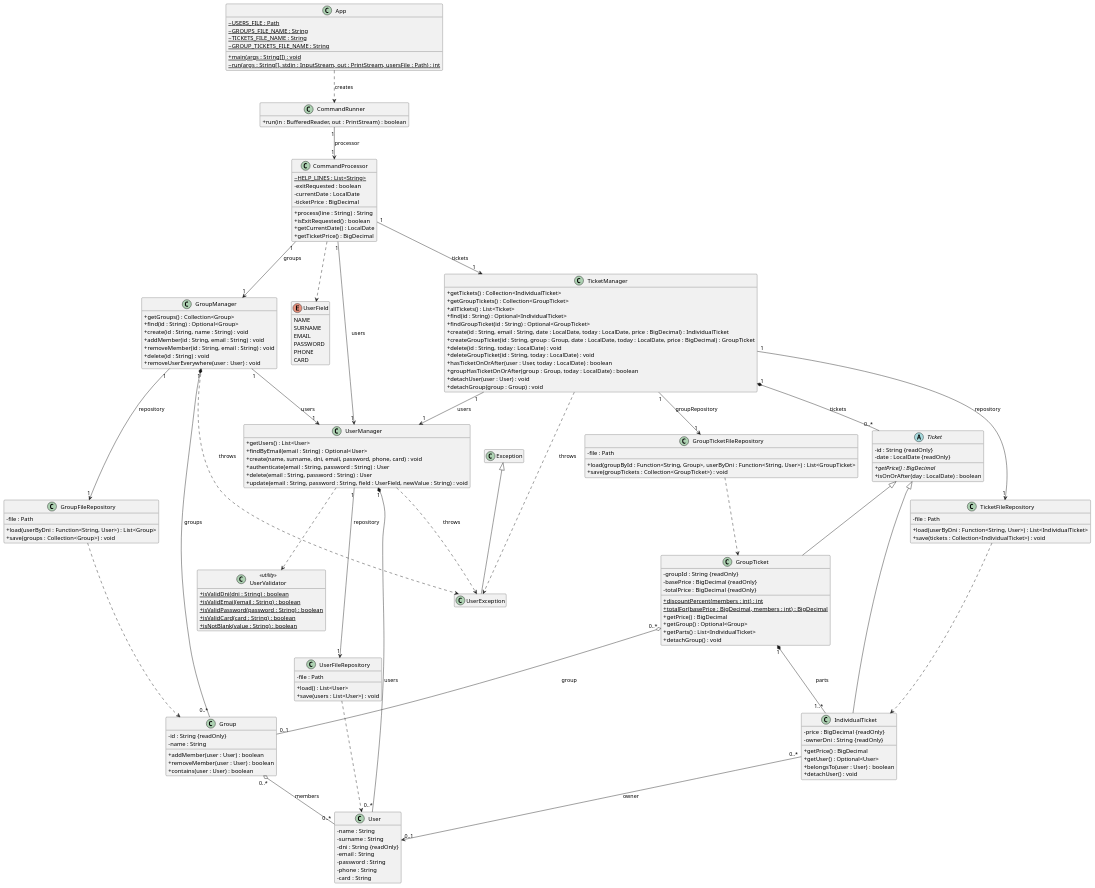
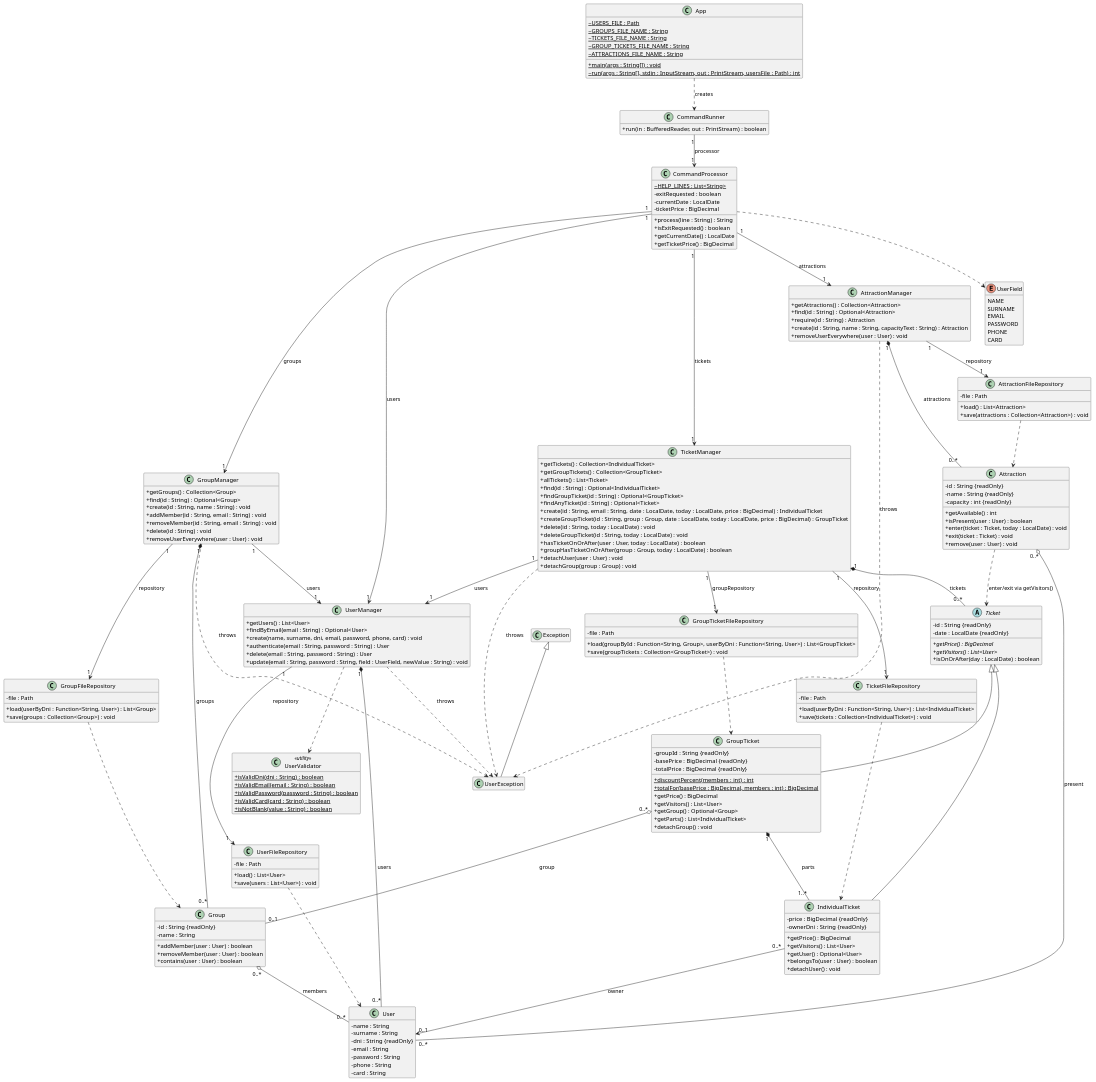
Before and after one commit to skai-upm/caise27: the diagram in docs/uml/model.puml, drawn with PlantUML. The commit also changed 31 other files, not shown here.

```diff
--- a/docs/uml/model.puml
+++ b/docs/uml/model.puml
@@ -10,6 +10,7 @@
   {static} ~GROUPS_FILE_NAME : String
   {static} ~TICKETS_FILE_NAME : String
   {static} ~GROUP_TICKETS_FILE_NAME : String
+  {static} ~ATTRACTIONS_FILE_NAME : String
   {static} +main(args : String[]) : void
   {static} ~run(args : String[], stdin : InputStream, out : PrintStream, usersFile : Path) : int
 }
@@ -103,6 +104,7 @@
   +allTickets() : List<Ticket>
   +find(id : String) : Optional<IndividualTicket>
   +findGroupTicket(id : String) : Optional<GroupTicket>
+  +findAnyTicket(id : String) : Optional<Ticket>
   +create(id : String, email : String, date : LocalDate, today : LocalDate, price : BigDecimal) : IndividualTicket
   +createGroupTicket(id : String, group : Group, date : LocalDate, today : LocalDate, price : BigDecimal) : GroupTicket
   +delete(id : String, today : LocalDate) : void
@@ -129,6 +131,7 @@
   -id : String {readOnly}
   -date : LocalDate {readOnly}
   +{abstract} getPrice() : BigDecimal
+  +{abstract} getVisitors() : List<User>
   +isOnOrAfter(day : LocalDate) : boolean
 }
 
@@ -136,6 +139,7 @@
   -price : BigDecimal {readOnly}
   -ownerDni : String {readOnly}
   +getPrice() : BigDecimal
+  +getVisitors() : List<User>
   +getUser() : Optional<User>
   +belongsTo(user : User) : boolean
   +detachUser() : void
@@ -148,9 +152,35 @@
   {static} +discountPercent(members : int) : int
   {static} +totalFor(basePrice : BigDecimal, members : int) : BigDecimal
   +getPrice() : BigDecimal
+  +getVisitors() : List<User>
   +getGroup() : Optional<Group>
   +getParts() : List<IndividualTicket>
   +detachGroup() : void
+}
+
+class AttractionManager {
+  +getAttractions() : Collection<Attraction>
+  +find(id : String) : Optional<Attraction>
+  +require(id : String) : Attraction
+  +create(id : String, name : String, capacityText : String) : Attraction
+  +removeUserEverywhere(user : User) : void
+}
+
+class AttractionFileRepository {
+  -file : Path
+  +load() : List<Attraction>
+  +save(attractions : Collection<Attraction>) : void
+}
+
+class Attraction {
+  -id : String {readOnly}
+  -name : String {readOnly}
+  -capacity : int {readOnly}
+  +getAvailable() : int
+  +isPresent(user : User) : boolean
+  +enter(ticket : Ticket, today : LocalDate) : void
+  +exit(ticket : Ticket) : void
+  +remove(user : User) : void
 }
 
 Ticket <|-- IndividualTicket
@@ -180,6 +210,13 @@
 GroupTicket "0..*" o-- "0..1" Group : group
 TicketFileRepository ..> IndividualTicket
 GroupTicketFileRepository ..> GroupTicket
+CommandProcessor "1" --> "1" AttractionManager : attractions
+AttractionManager "1" --> "1" AttractionFileRepository : repository
+AttractionManager "1" *-- "0..*" Attraction : attractions
+Attraction "0..*" o-- "0..*" User : present
+Attraction ..> Ticket : enter/exit via getVisitors()
+AttractionFileRepository ..> Attraction
+AttractionManager ..> UserException : throws
 TicketManager ..> UserException : throws
 UserFileRepository ..> User
 GroupFileRepository ..> Group
```
